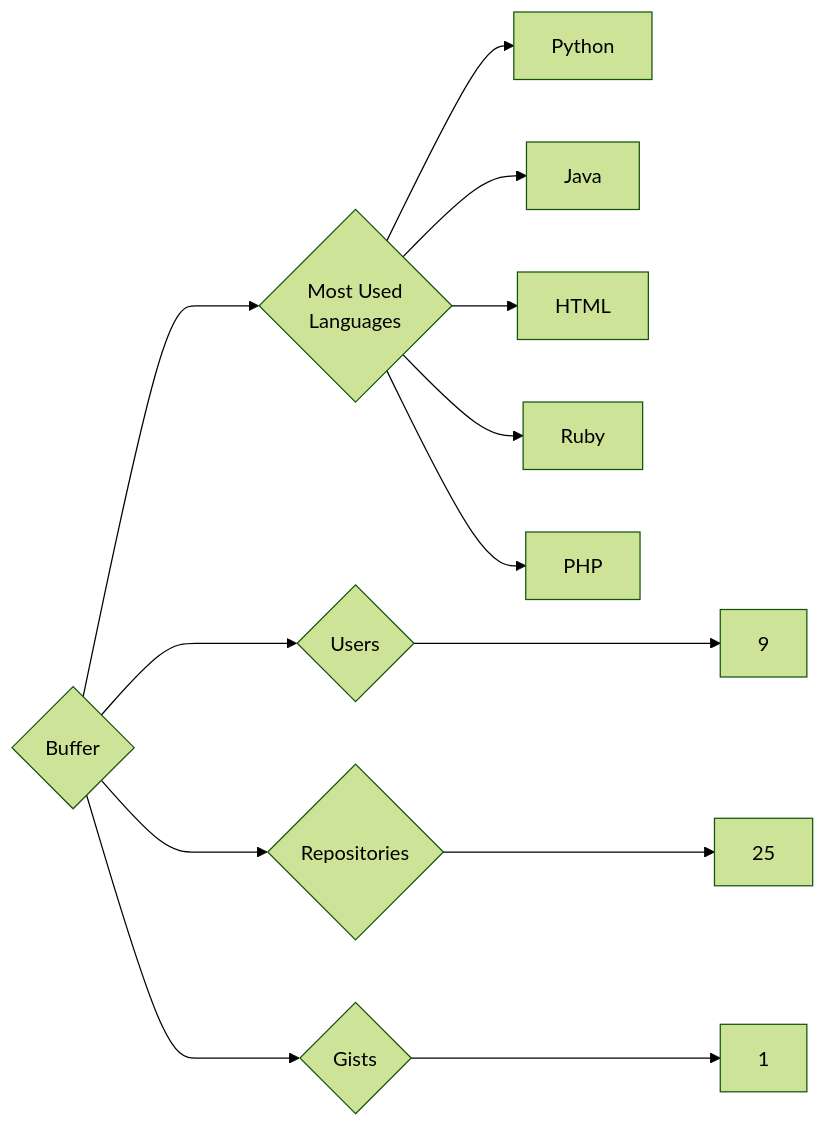
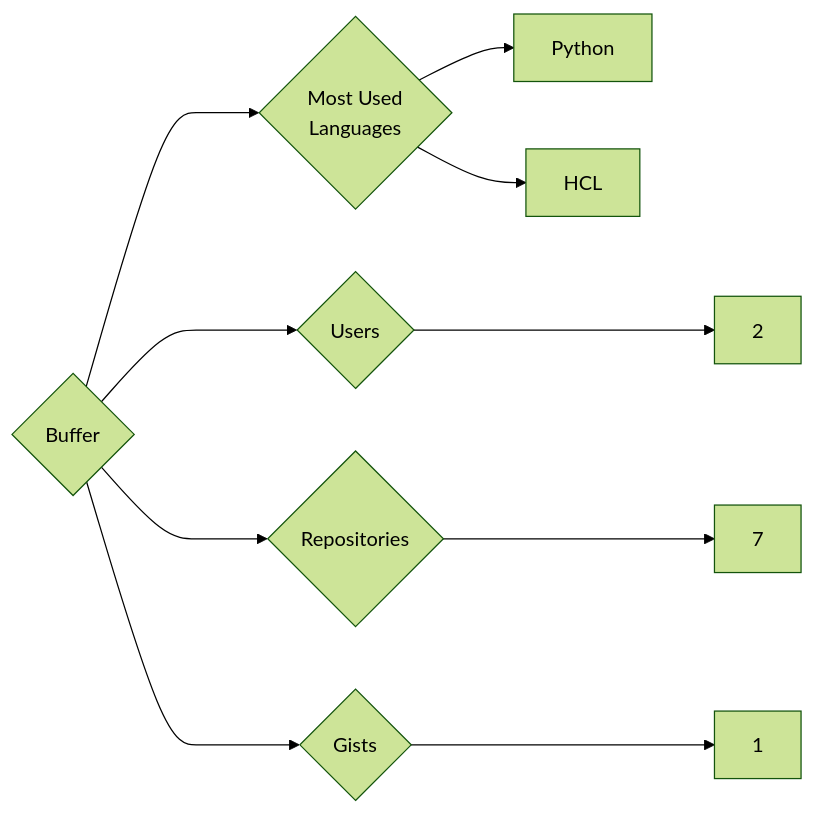
Before and after one commit to trickest/insiders: the diagram in targets/Buffer/README.md, drawn with Mermaid (forest theme). The commit also changed 1141 other files, not shown here.

````diff
--- a/targets/Buffer/README.md
+++ b/targets/Buffer/README.md
@@ -3,13 +3,10 @@
 ```mermaid
 graph LR
 COMPANY_NAME{Buffer}
-COMPANY_NAME ---> U{Users} ---> UN[9]
-COMPANY_NAME ---> R{Repositories} ---> RN[25]
+COMPANY_NAME ---> U{Users} ---> UN[2]
+COMPANY_NAME ---> R{Repositories} ---> RN[7]
 COMPANY_NAME ---> G{Gists} ---> GN[1]
 COMPANY_NAME ---> ML{Most Used<br>Languages}
 ML --> Python[Python]
-ML --> Java[Java]
-ML --> HTML[HTML]
-ML --> Ruby[Ruby]
-ML --> PHP[PHP]
+ML --> HCL[HCL]
 ```
````
